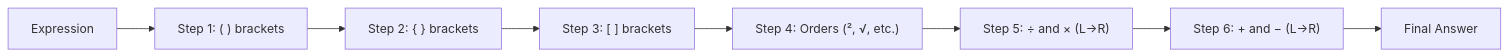
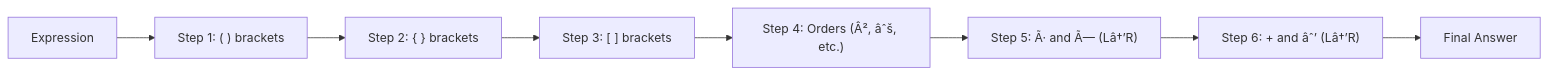
The seventh of 8 diagrams in docs/courses/quantitative-aptitude/05-quadratic-equations-simplification.md (Raushan666java/ai-engineering-journey), drawn with Mermaid before and after one commit. The commit also changed other lines of this file and 735 other files, not shown here.

````diff
--- a/docs/courses/quantitative-aptitude/05-quadratic-equations-simplification.md
+++ b/docs/courses/quantitative-aptitude/05-quadratic-equations-simplification.md
@@ -1204,10 +1204,10 @@
 ```mermaid
 flowchart LR
     A["Expression"] --> B["Step 1: ( ) brackets"]
     B --> C["Step 2: { } brackets"]
     C --> D["Step 3: [ ] brackets"]
-    D --> E["Step 4: Orders (², √, etc.)"]
-    E --> F["Step 5: ÷ and × (L→R)"]
-    F --> G["Step 6: + and − (L→R)"]
+    D --> E["Step 4: Orders (Â², âˆš, etc.)"]
+    E --> F["Step 5: Ã· and Ã— (Lâ†’R)"]
+    F --> G["Step 6: + and âˆ’ (Lâ†’R)"]
     G --> H["Final Answer"]
 ```
````
